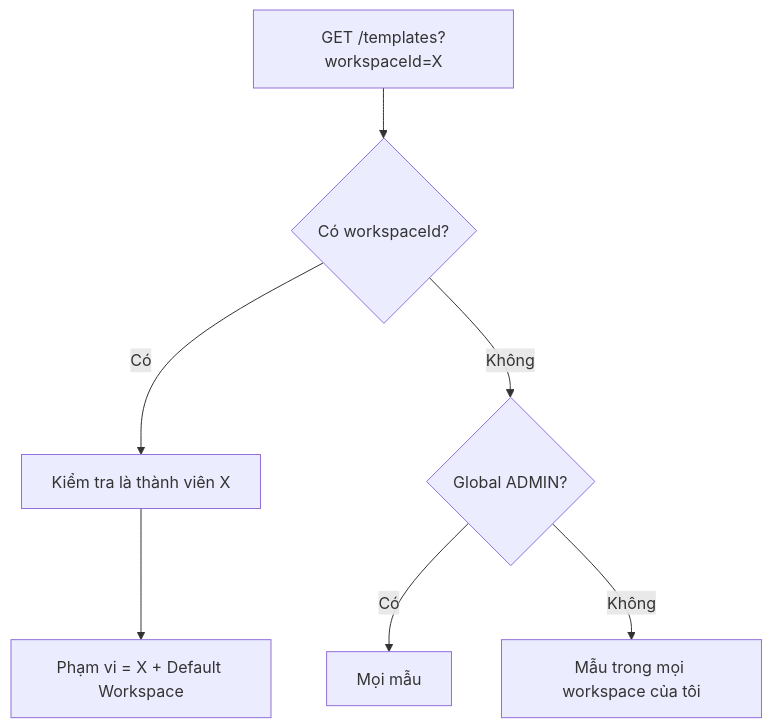
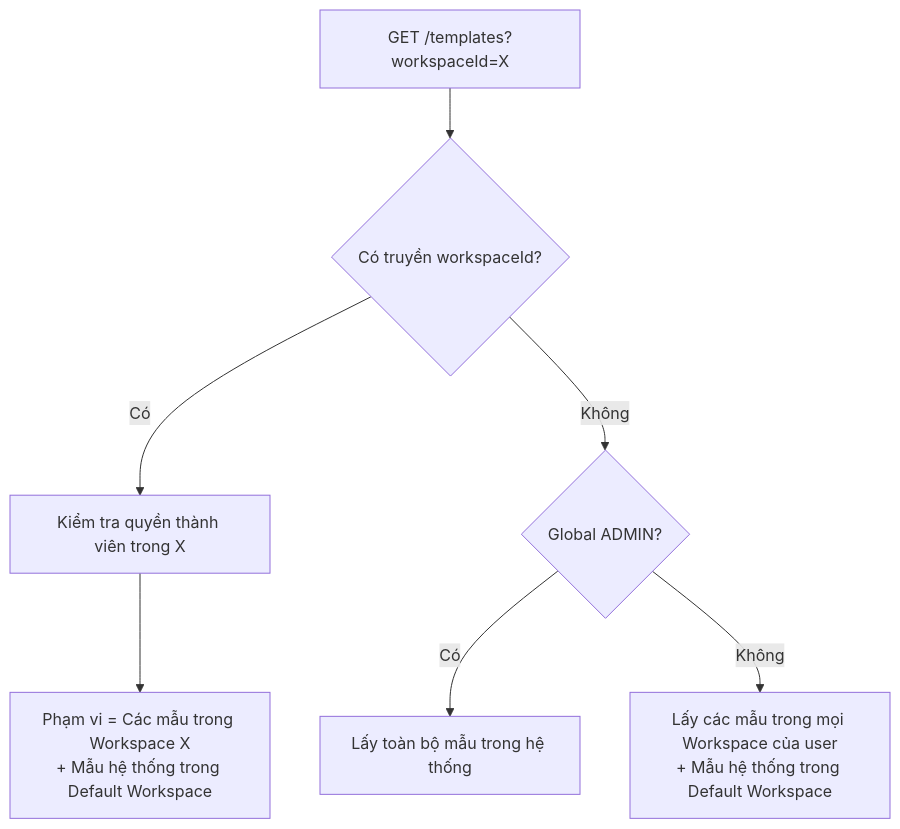
The third of 6 diagrams in formal_doc/04_NGHIEP_VU_TEMPLATE_CLONE.md (Hecker-Chuoi/DATN-2026), drawn with Mermaid before and after one commit. The commit also changed other lines of this file and 60 other files, not shown here.

````diff
--- a/formal_doc/04_NGHIEP_VU_TEMPLATE_CLONE.md
+++ b/formal_doc/04_NGHIEP_VU_TEMPLATE_CLONE.md
@@ -73,9 +72,9 @@
 ```mermaid
 flowchart TD
-    A["GET /templates?workspaceId=X"] --> B{"Có workspaceId?"}
-    B -- "Có" --> C["Kiểm tra là thành viên X"]
-    C --> D["Phạm vi = X + Default Workspace"]
+    A["GET /templates?workspaceId=X"] --> B{"Có truyền workspaceId?"}
+    B -- "Có" --> C["Kiểm tra quyền thành viên trong X"]
+    C --> D["Phạm vi = Các mẫu trong Workspace X<br/>+ Mẫu hệ thống trong Default Workspace"]
     B -- "Không" --> E{"Global ADMIN?"}
-    E -- "Có" --> F["Mọi mẫu"]
-    E -- "Không" --> G["Mẫu trong mọi workspace của tôi"]
+    E -- "Có" --> F["Lấy toàn bộ mẫu trong hệ thống"]
+    E -- "Không" --> G["Lấy các mẫu trong mọi Workspace của user<br/>+ Mẫu hệ thống trong Default Workspace"]
 ```
````
